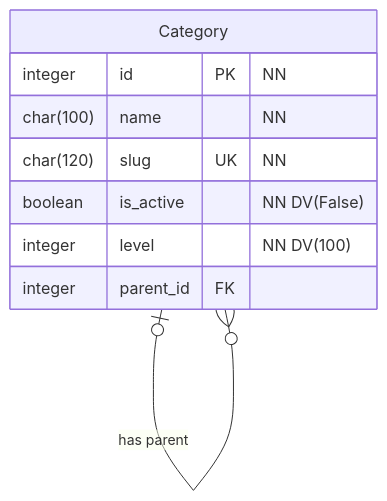
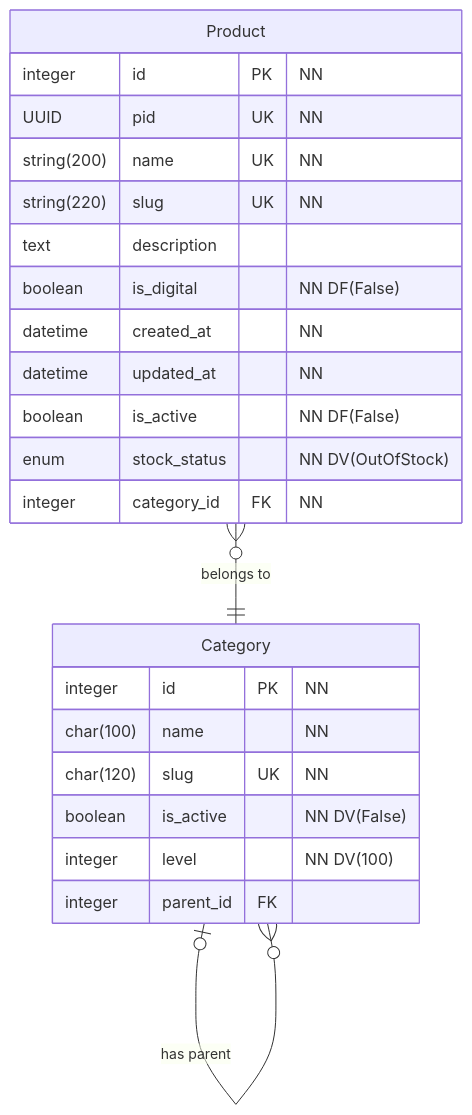
One commit to BrunoSoaresEngineering/fastAPI-learning-project changed the diagram in README.md. Above: the diagram before and after it, drawn with Mermaid. The commit also changed 2 other files, not shown here.

Commit message:
feat: add "product" table

````diff
--- a/README.md
+++ b/README.md
@@ -3,13 +3,29 @@
 ```mermaid
 erDiagram
     Category {
       integer id PK "NN"
       char(100) name "NN"
       char(120) slug UK "NN"
       boolean is_active "NN DV(False)"
       integer level "NN DV(100)"
       integer parent_id FK
     }
 
+    Product {
+      integer id PK "NN"
+      UUID pid UK "NN"
+      string(200) name UK "NN"
+      string(220) slug UK "NN"
+      text description
+      boolean is_digital "NN DF(False)"
+      datetime created_at "NN"
+      datetime updated_at "NN"
+      boolean is_active "NN DF(False)"
+      enum stock_status "NN DV(OutOfStock)"
+      integer category_id FK "NN"
+    }
+
     Category |o--o{ Category : "has parent"
+    Product }o--|| Category: "belongs to"
+
 ```
````
